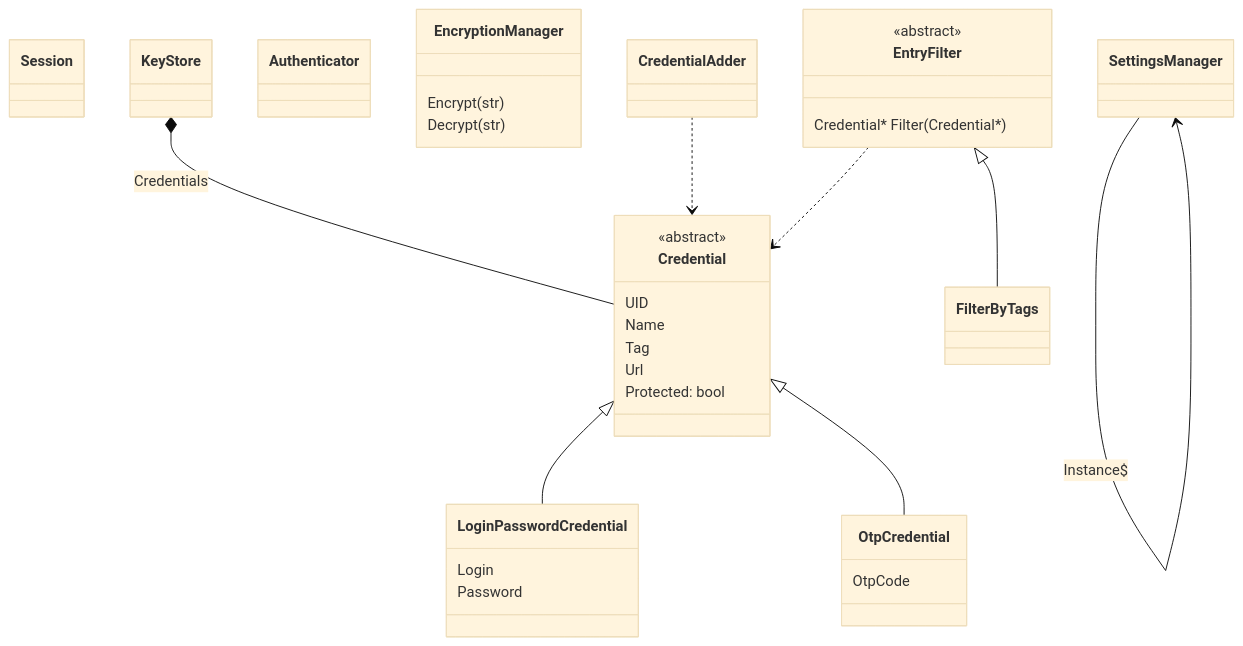
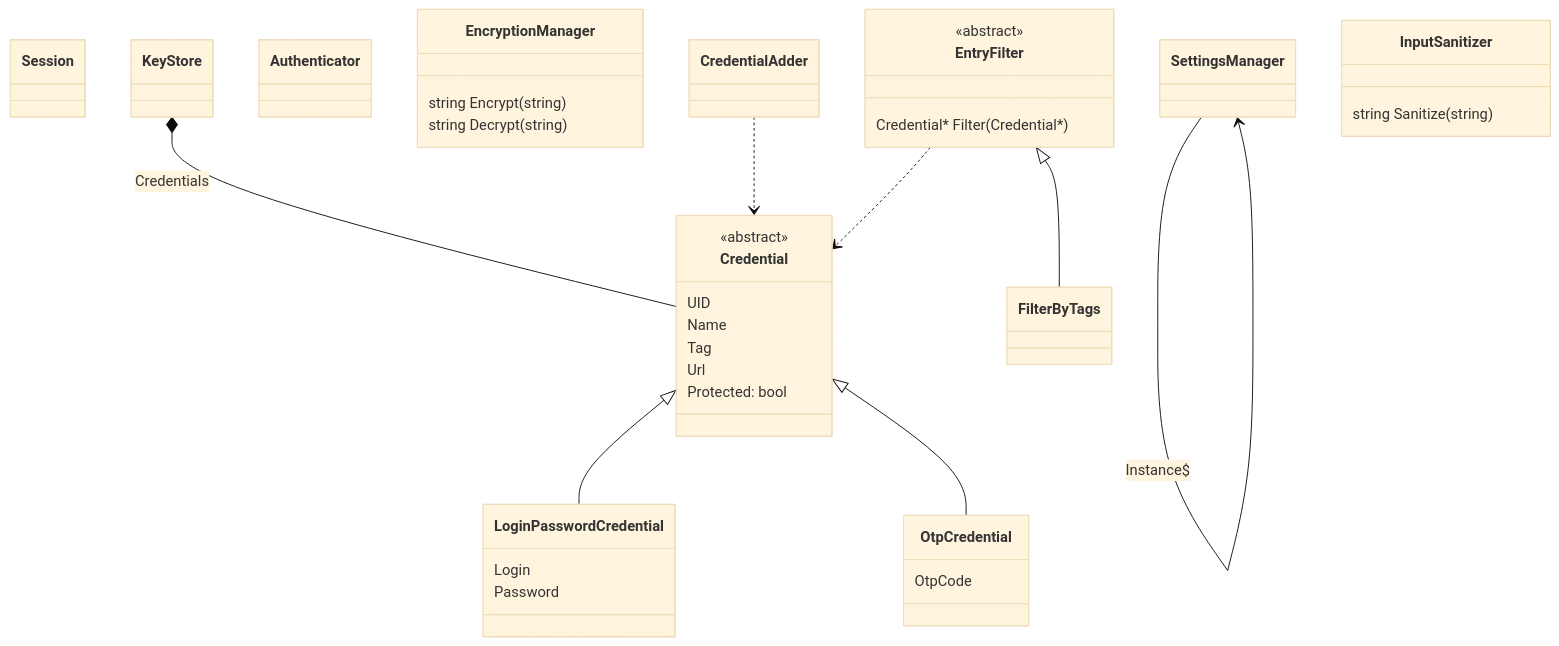
The diagram in Documentation/conception/Initial design/SimpleClassDiagram.mermaid.md (EllLG1211/Rossignol), drawn with Mermaid (base theme) before and after one commit.

Commit message:
Added InputSanitizer class to class diagram

````diff
--- a/Documentation/conception/Initial design/SimpleClassDiagram.mermaid.md
+++ b/Documentation/conception/Initial design/SimpleClassDiagram.mermaid.md
@@ -4,43 +4,50 @@
 ```mermaid
 classDiagram
+
 class Session
-class KeyStore
+
 class Credential{
     <<abstract>>
     UID
     Name
     Tag
     Url
     Protected: bool
 }
 class LoginPasswordCredential{
     Login
     Password
 }
 class OtpCredential{
     OtpCode
 }
+Credential <|-- LoginPasswordCredential
+Credential <|-- OtpCredential
+
+class KeyStore
+KeyStore *-- Credential : Credentials
 
 class Authenticator
 class EncryptionManager{
-    Encrypt(str)
-    Decrypt(str)
+    string Encrypt(string)
+    string Decrypt(string)
 }
 class CredentialAdder
+CredentialAdder ..> Credential
 
 class EntryFilter{
     <<abstract>>
     Credential* Filter(Credential*)
 }
+EntryFilter..> Credential
+
 class FilterByTags
 EntryFilter <|-- FilterByTags
 
 class SettingsManager
 SettingsManager --> SettingsManager : Instance$
 
-Credential <|-- LoginPasswordCredential
-Credential <|-- OtpCredential
-KeyStore *-- Credential : Credentials
-CredentialAdder ..> Credential
-EntryFilter..> Credential
+class InputSanitizer{
+    string Sanitize(string)
+}
 ```
````
